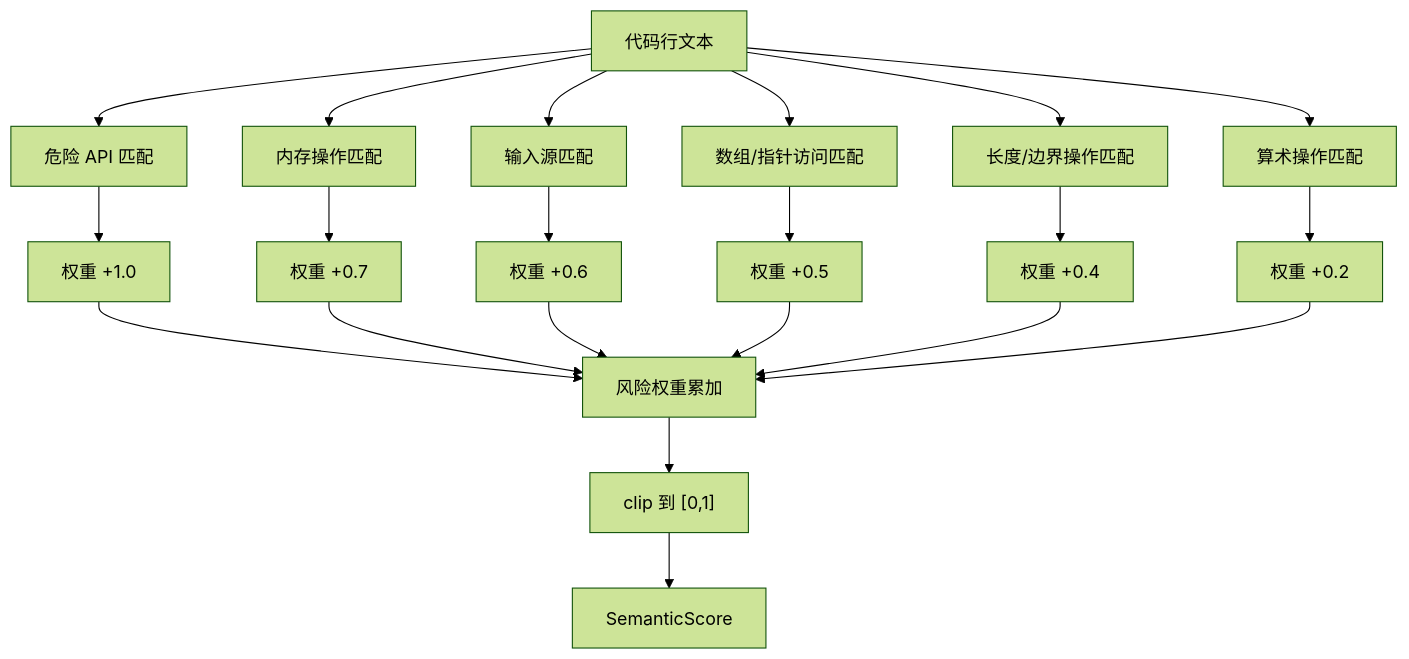
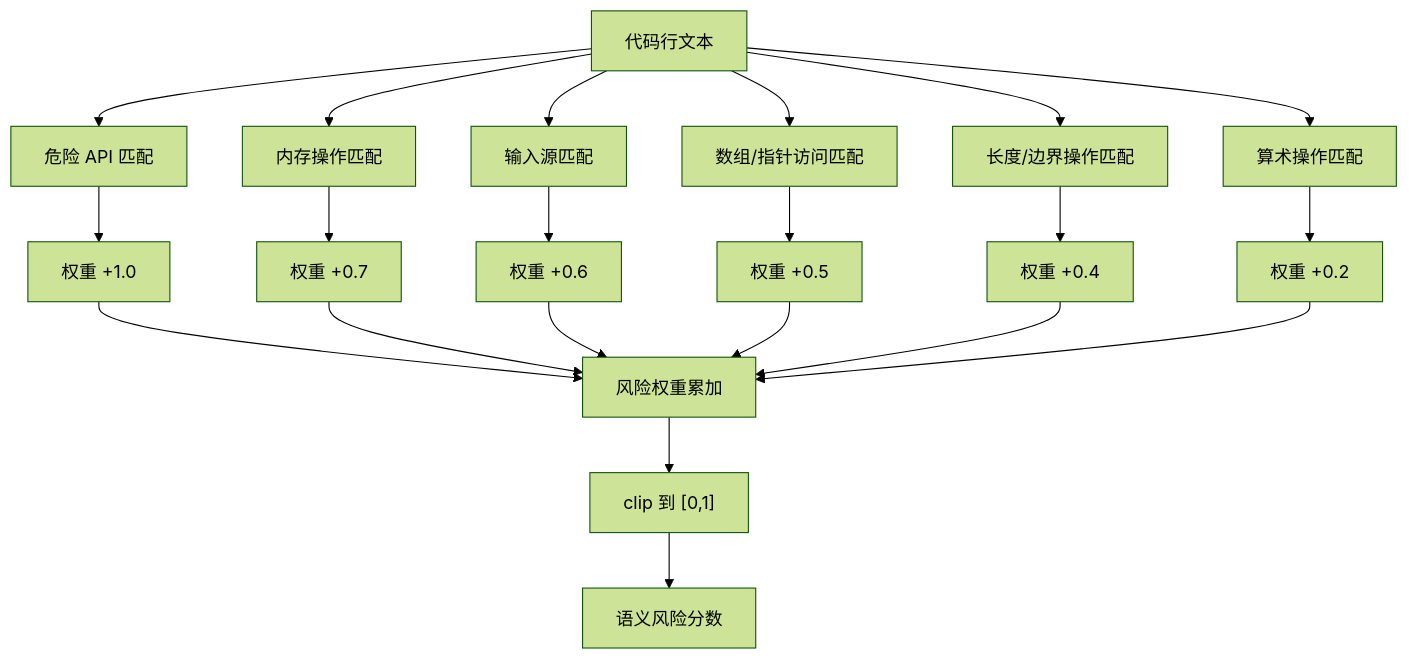
One commit to ATao-Zhang/msgvd changed the second of 5 diagrams in docs/thesis/figures_mermaid.md. Above: the diagram before and after it, drawn with Mermaid (forest theme). The commit also changed other lines of this file, not shown here.

Commit message:
fix: 修复论文公式与流程图在 GitHub 中的显示问题

````diff
--- a/docs/thesis/figures_mermaid.md
+++ b/docs/thesis/figures_mermaid.md
@@ -43,25 +43,25 @@
 ```mermaid
 flowchart TD
     A["代码行文本"] --> B["危险 API 匹配"]
     A --> C["内存操作匹配"]
     A --> D["输入源匹配"]
     A --> E["数组/指针访问匹配"]
     A --> F["长度/边界操作匹配"]
     A --> G["算术操作匹配"]
 
     B --> B1["权重 +1.0"]
     C --> C1["权重 +0.7"]
     D --> D1["权重 +0.6"]
     E --> E1["权重 +0.5"]
     F --> F1["权重 +0.4"]
     G --> G1["权重 +0.2"]
 
     B1 --> H["风险权重累加"]
     C1 --> H
     D1 --> H
     E1 --> H
     F1 --> H
     G1 --> H
     H --> I["clip 到 [0,1]"]
-    I --> J["SemanticScore"]
+    I --> J["语义风险分数"]
 ```
````
